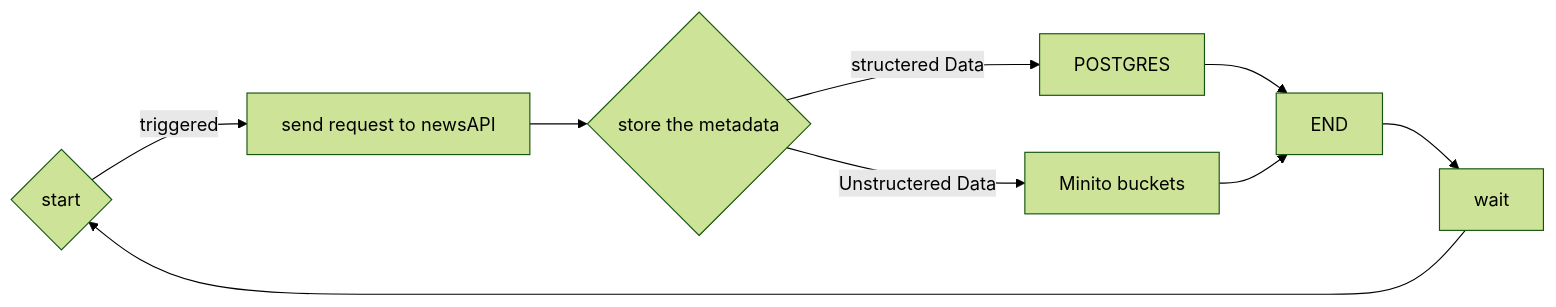
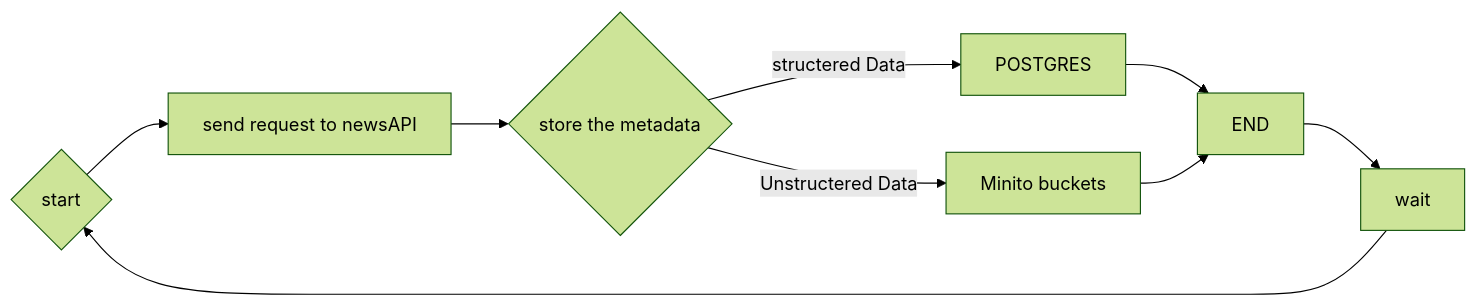
The second of 2 diagrams in README.md (Hamza-Bouali/MLOPS-PROJECT), drawn with Mermaid (forest theme) before and after one commit.

````diff
--- a/README.md
+++ b/README.md
@@ -25,9 +25,9 @@
 ```mermaid
      graph LR
-        A{start} --> |triggered|B[send request to newsAPI]
+        A{start} --> B[send request to newsAPI]
         B --> C{store the metadata} 
         C--> |structered Data|X[POSTGRES ] -->F[END]
         C-->|Unstructered Data|D[Minito buckets]-->F
         W[wait]-->A
         F-->W
 ```
````
